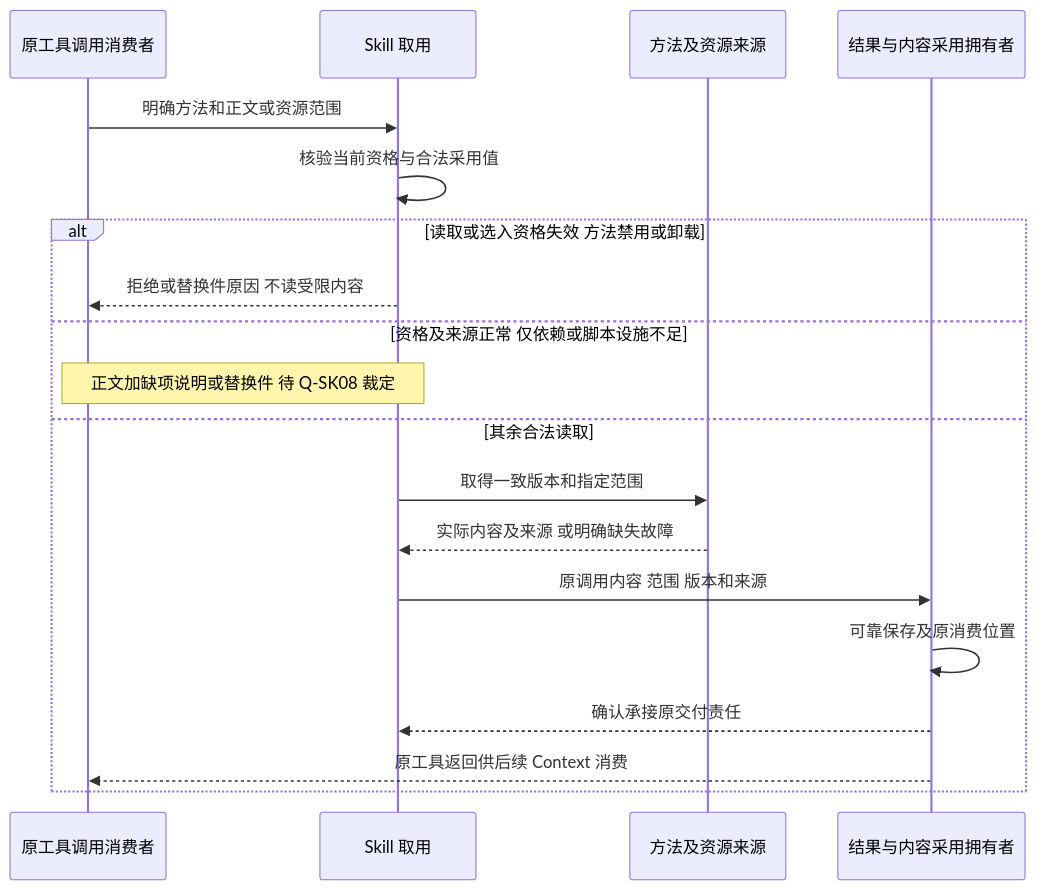
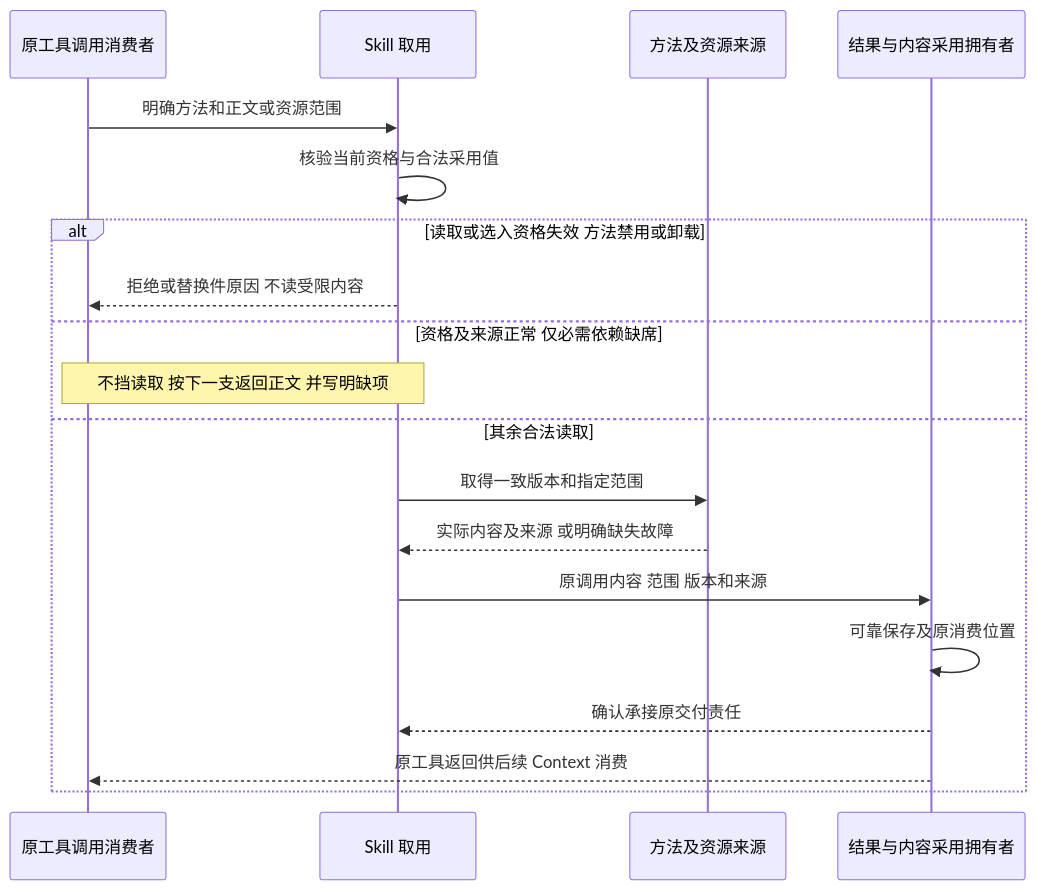
One commit to nemori-ai/omne-harness-lite changed the first of 3 diagrams in docs/domains/skills/key-flows.md. Above: the diagram before and after it, drawn with Mermaid. The commit also changed other lines of this file and 70 other files, not shown here.

````diff
--- a/docs/domains/skills/key-flows.md
+++ b/docs/domains/skills/key-flows.md
@@ -15,21 +15,21 @@
 ```mermaid
 sequenceDiagram
   participant C as 原工具调用消费者
   participant A as Skill 取用
   participant S as 方法及资源来源
   participant R as 结果与内容采用拥有者
   C->>A: 明确方法和正文或资源范围
   A->>A: 核验当前资格与合法采用值
   alt 读取或选入资格失效 方法禁用或卸载
     A-->>C: 拒绝或替换件原因 不读受限内容
-  else 资格及来源正常 仅依赖或脚本设施不足
-    Note over A,C: 正文加缺项说明或替换件 待 Q-SK08 裁定
+  else 资格及来源正常 仅必需依赖缺席
+    Note over A,C: 不挡读取 按下一支返回正文 并写明缺项
   else 其余合法读取
     A->>S: 取得一致版本和指定范围
     S-->>A: 实际内容及来源 或明确缺失故障
     A->>R: 原调用内容 范围 版本和来源
     R->>R: 可靠保存及原消费位置
     R-->>A: 确认承接原交付责任
     R-->>C: 原工具返回供后续 Context 消费
   end
 ```
````
